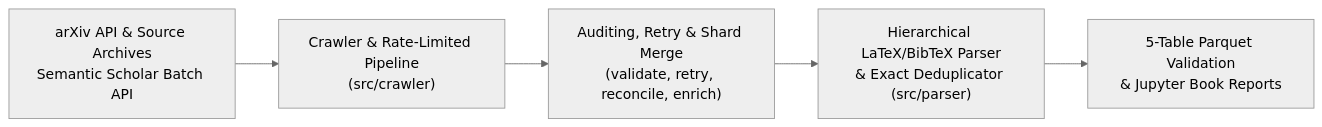
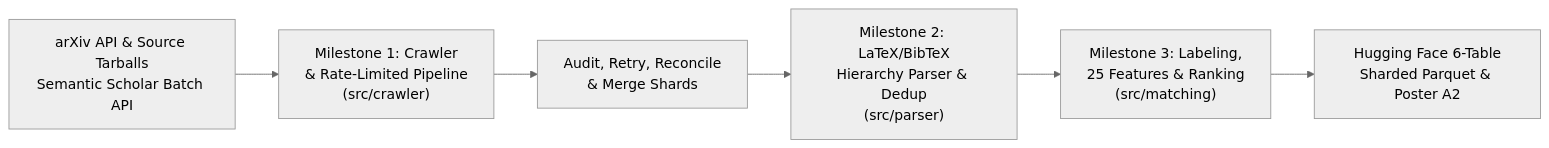
Before and after one commit to NguyenQuocDat06-AI/arxiv-harvester: the diagram in README.md, drawn with Mermaid (neutral theme). The commit also changed other lines of this file and 3 other files, not shown here.

````diff
--- a/README.md
+++ b/README.md
@@ -39,7 +40,8 @@
 ```mermaid
 flowchart LR
-    A["arXiv API & Source Archives<br/>Semantic Scholar Batch API"] --> B["Crawler & Rate-Limited Pipeline<br/>(src/crawler)"]
-    B --> C["Auditing, Retry & Shard Merge<br/>(validate, retry, reconcile, enrich)"]
-    C --> D["Hierarchical LaTeX/BibTeX Parser<br/>& Exact Deduplicator (src/parser)"]
-    D --> E["5-Table Parquet Validation<br/>& Jupyter Book Reports"]
+    A["arXiv API & Source Tarballs<br/>Semantic Scholar Batch API"] --> B["Milestone 1: Crawler<br/>& Rate-Limited Pipeline<br/>(src/crawler)"]
+    B --> C["Audit, Retry, Reconcile<br/>& Merge Shards"]
+    C --> D["Milestone 2: LaTeX/BibTeX<br/>Hierarchy Parser & Dedup<br/>(src/parser)"]
+    D --> E["Milestone 3: Labeling,<br/>25 Features & Ranking<br/>(src/matching)"]
+    E --> F["Hugging Face 6-Table<br/>Sharded Parquet & Poster A2"]
 ```
````
